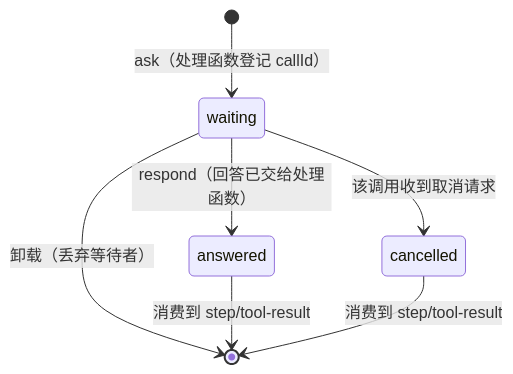
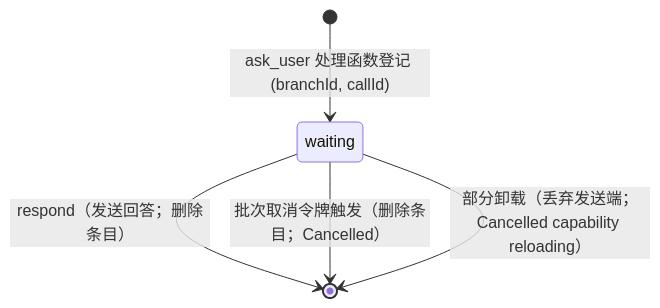
Before and after one commit to CoutinhoTTS/dim-agent: the second of 4 diagrams in docs/zh/design/plugins/Questions.md, drawn with Mermaid. The commit also changed other lines of this file and 11 other files, not shown here.

````diff
--- a/docs/zh/design/plugins/Questions.md
+++ b/docs/zh/design/plugins/Questions.md
@@ -58,9 +68,7 @@
 ```mermaid
 stateDiagram-v2
-  [*] --> waiting: ask（处理函数登记 callId）
-  waiting --> answered: respond（回答已交给处理函数）
-  waiting --> cancelled: 该调用收到取消请求
-  waiting --> [*]: 卸载（丢弃等待者）
-  answered --> [*]: 消费到 step/tool-result
-  cancelled --> [*]: 消费到 step/tool-result
+  [*] --> waiting: ask_user 处理函数登记 (branchId, callId)
+  waiting --> [*]: respond（发送回答；删除条目）
+  waiting --> [*]: 批次取消令牌触发（删除条目；Cancelled）
+  waiting --> [*]: 部分卸载（丢弃发送端；Cancelled capability reloading）
 ```
````
